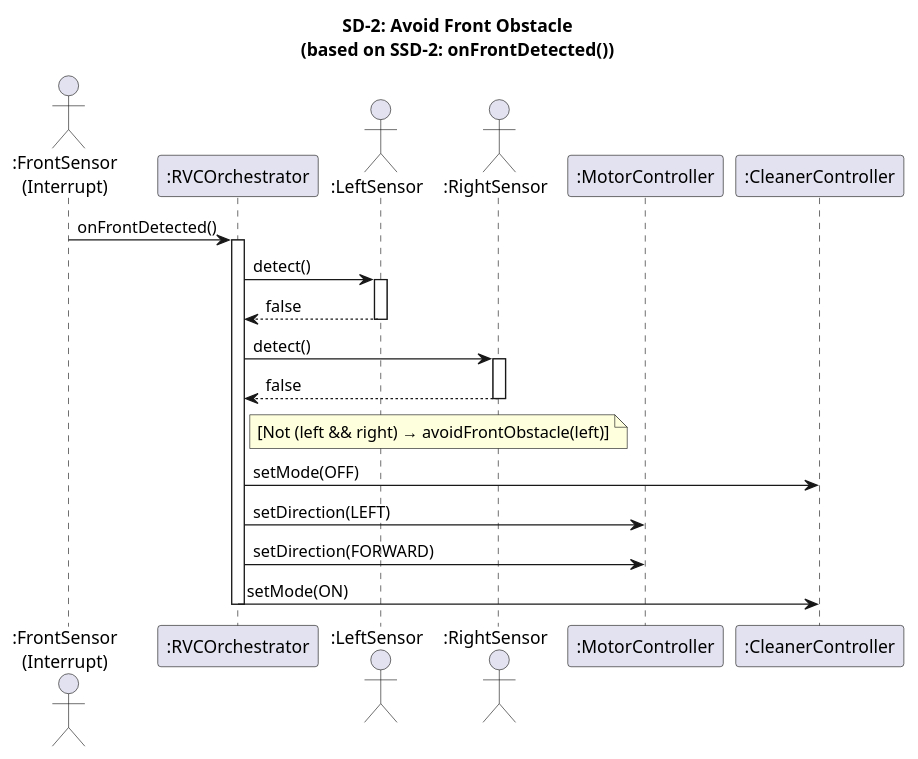
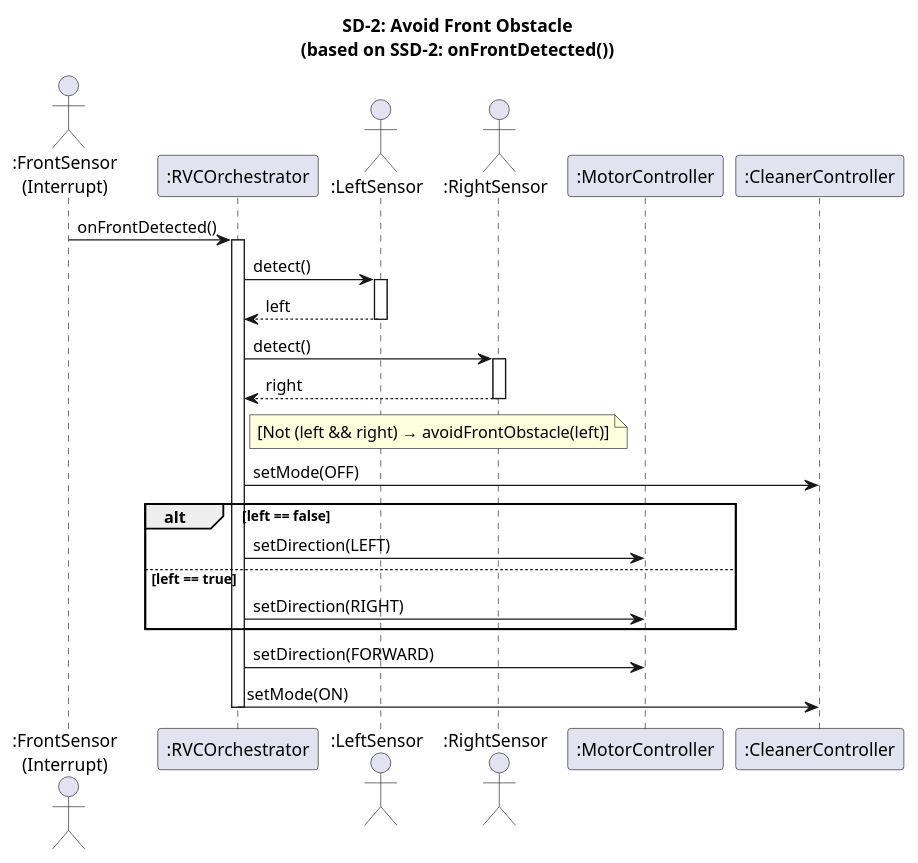
Before and after one commit to OOP-konkuk/CICD-Team7: the second of 4 diagrams in docs/vibe-coding/03-ood/sequence-diagrams.mdx, drawn with PlantUML. The commit also changed other lines of this file and 3 other files, not shown here.

````diff
--- a/docs/vibe-coding/03-ood/sequence-diagrams.mdx
+++ b/docs/vibe-coding/03-ood/sequence-diagrams.mdx
@@ -80,29 +80,33 @@
 ```plantuml
 @startuml SD2_AvoidFrontObstacle
 title SD-2: Avoid Front Obstacle\n(based on SSD-2: onFrontDetected())
 
 actor ":FrontSensor\n(Interrupt)" as FS
 participant ":RVCOrchestrator" as Orch
 actor ":LeftSensor" as LS
 actor ":RightSensor" as RS
 participant ":MotorController" as Motor
 participant ":CleanerController" as Cleaner
 
 FS -> Orch : onFrontDetected()
 activate Orch
 Orch -> LS : detect()
 activate LS
-LS --> Orch : false
+LS --> Orch : left
 deactivate LS
 Orch -> RS : detect()
 activate RS
-RS --> Orch : false
+RS --> Orch : right
 deactivate RS
 note right of Orch : [Not (left && right) → avoidFrontObstacle(left)]
 Orch -> Cleaner : setMode(OFF)
-Orch -> Motor : setDirection(LEFT)
+alt left == false
+  Orch -> Motor : setDirection(LEFT)
+else left == true
+  Orch -> Motor : setDirection(RIGHT)
+end
 Orch -> Motor : setDirection(FORWARD)
 Orch -> Cleaner : setMode(ON)
 deactivate Orch
 @enduml
 ```
````
